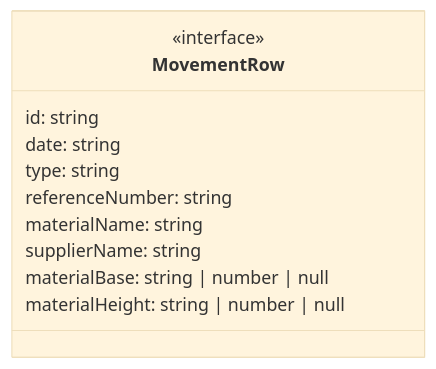
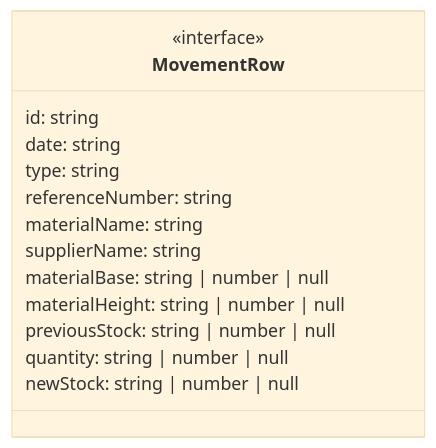
One commit to gpgsistemas01/nexus changed the ninth of 27 diagrams in front/docs/architecture/views/logical/type-reference/movements.md. Above: the diagram before and after it, drawn with Mermaid (base theme). The commit also changed other lines of this file and 37 other files, not shown here.

Commit message:
docs: depurar diagramas y conservar contratos propios del frontend

````diff
--- a/front/docs/architecture/views/logical/type-reference/movements.md
+++ b/front/docs/architecture/views/logical/type-reference/movements.md
@@ -326,15 +294,18 @@
 ```mermaid
 classDiagram
-    direction TB
+    direction LR
     class Subject["MovementRow"] {
         <<interface>>
         id: string
         date: string
         type: string
         referenceNumber: string
         materialName: string
         supplierName: string
         materialBase: string | number | null
         materialHeight: string | number | null
+        previousStock: string | number | null
+        quantity: string | number | null
+        newStock: string | number | null
     }
 ```
````
